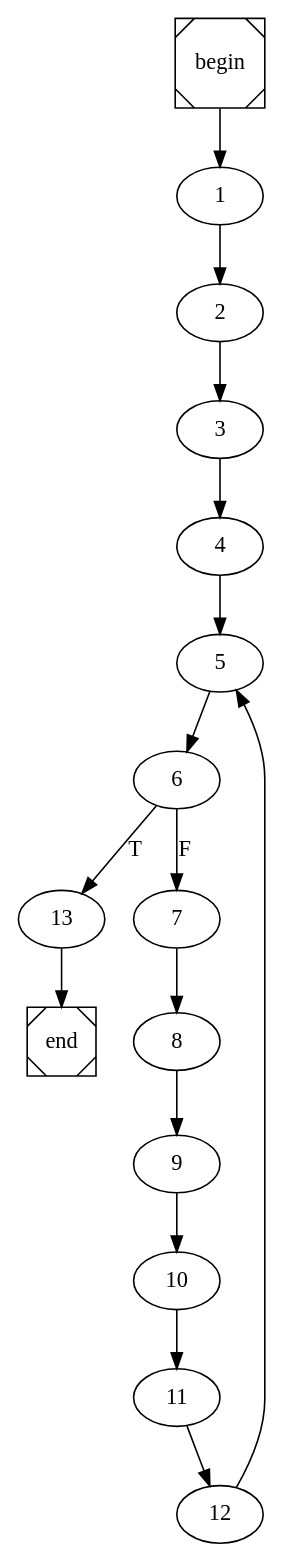
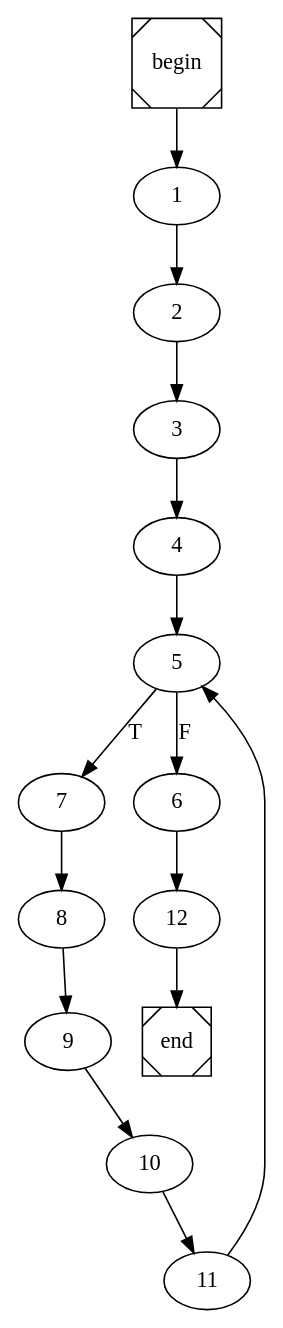
One commit to arubenruben/JMM-Compiler changed the diagram in main.dot. Above: the diagram before and after it, drawn with Graphviz. The commit also changed 13 other files, not shown here.

```diff
--- a/main.dot
+++ b/main.dot
@@ -1,4 +1,4 @@
 digraph cfg {
 	begin [shape=Msquare];
 	end [shape=Msquare];
-	begin -> 1;	1 -> 2;	2 -> 3;	3 -> 4;	4 -> 5;	5 -> 6;	6 -> 13[label=T];	6 -> 7[label=F];	7 -> 8;	8 -> 9;	9 -> 10;	10 -> 11;	11 -> 12;	12 -> 5;	13 -> end;}
+	begin -> 1;	1 -> 2;	2 -> 3;	3 -> 4;	4 -> 5;	5 -> 7[label=T];	5 -> 6[label=F];	6 -> 12;	7 -> 8;	8 -> 9;	9 -> 10;	10 -> 11;	11 -> 5;	12 -> end;}
```
